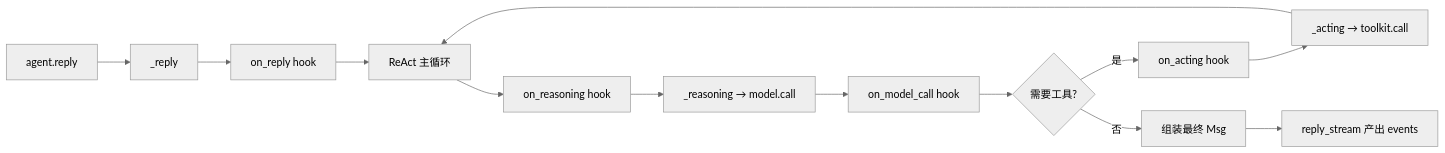
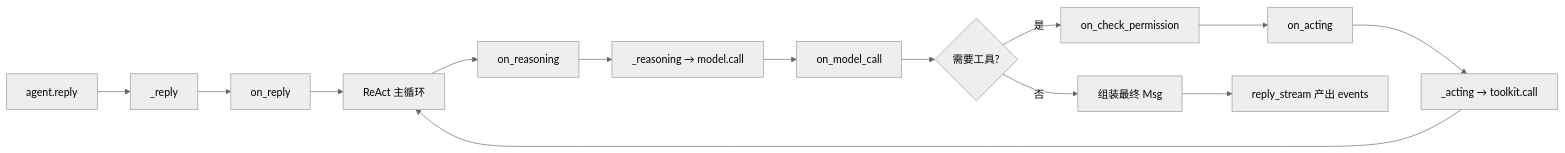
One commit to sunrong1/sunrong1.github.io changed the second of 4 diagrams in src/posts/ai-practice/ai-app/agentscope-w1-architecture.md. Above: the diagram before and after it, drawn with Mermaid (neutral theme). The commit also changed other lines of this file, not shown here.

````diff
--- a/src/posts/ai-practice/ai-app/agentscope-w1-architecture.md
+++ b/src/posts/ai-practice/ai-app/agentscope-w1-architecture.md
@@ -63,15 +103,16 @@
 ```mermaid
 graph LR
     A[agent.reply] --> B[_reply]
-    B --> C1[on_reply hook]
+    B --> C1[on_reply]
     C1 --> D[ReAct 主循环]
-    D --> E1[on_reasoning hook]
+    D --> E1[on_reasoning]
     E1 --> E2[_reasoning → model.call]
-    E2 --> E3[on_model_call hook]
+    E2 --> E3[on_model_call]
     E3 --> F{需要工具?}
-    F -->|是| G1[on_acting hook]
+    F -->|是| P[on_check_permission]
+    P --> G1[on_acting]
     G1 --> G2[_acting → toolkit.call]
     G2 --> D
     F -->|否| H[组装最终 Msg]
     H --> J[reply_stream 产出 events]
 ```
````
